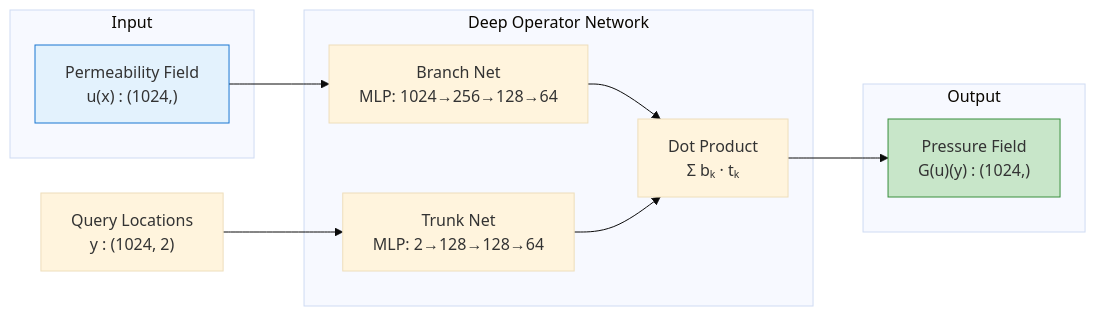
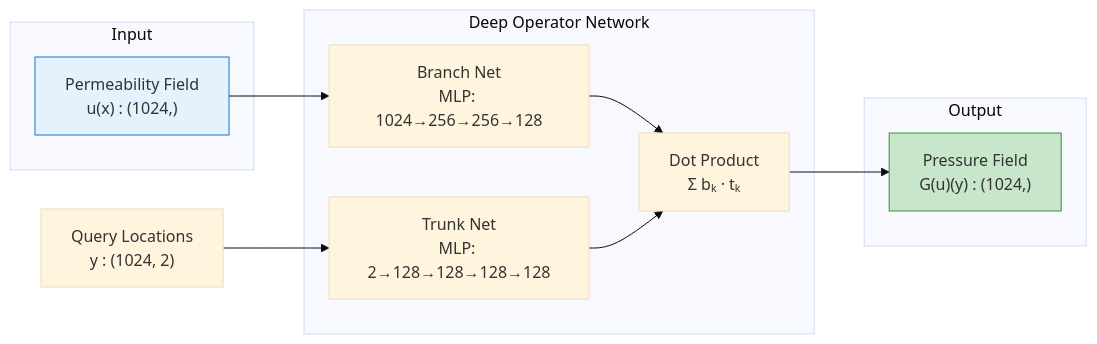
One commit to avitai/opifex changed the diagram in docs/examples/neural-operators/deeponet-darcy.md. Above: the diagram before and after it, drawn with Mermaid (base theme). The commit also changed other lines of this file and 35 other files, not shown here.

````diff
--- a/docs/examples/neural-operators/deeponet-darcy.md
+++ b/docs/examples/neural-operators/deeponet-darcy.md
@@ -77,25 +82,25 @@
 ```mermaid
 graph LR
     subgraph Input
         A["Permeability Field<br/>u(x) : (1024,)"]
     end
 
     subgraph DeepONet["Deep Operator Network"]
-        B["Branch Net<br/>MLP: 1024→256→128→64"]
-        C["Trunk Net<br/>MLP: 2→128→128→64"]
+        B["Branch Net<br/>MLP: 1024→256→256→128"]
+        C["Trunk Net<br/>MLP: 2→128→128→128→128"]
         D["Dot Product<br/>Σ bₖ · tₖ"]
     end
 
     subgraph Output
         E["Pressure Field<br/>G(u)(y) : (1024,)"]
     end
 
     A --> B
     F["Query Locations<br/>y : (1024, 2)"] --> C
     B --> D
     C --> D
     D --> E
 
     style A fill:#e3f2fd,stroke:#1976d2
     style E fill:#c8e6c9,stroke:#388e3c
 ```
````
